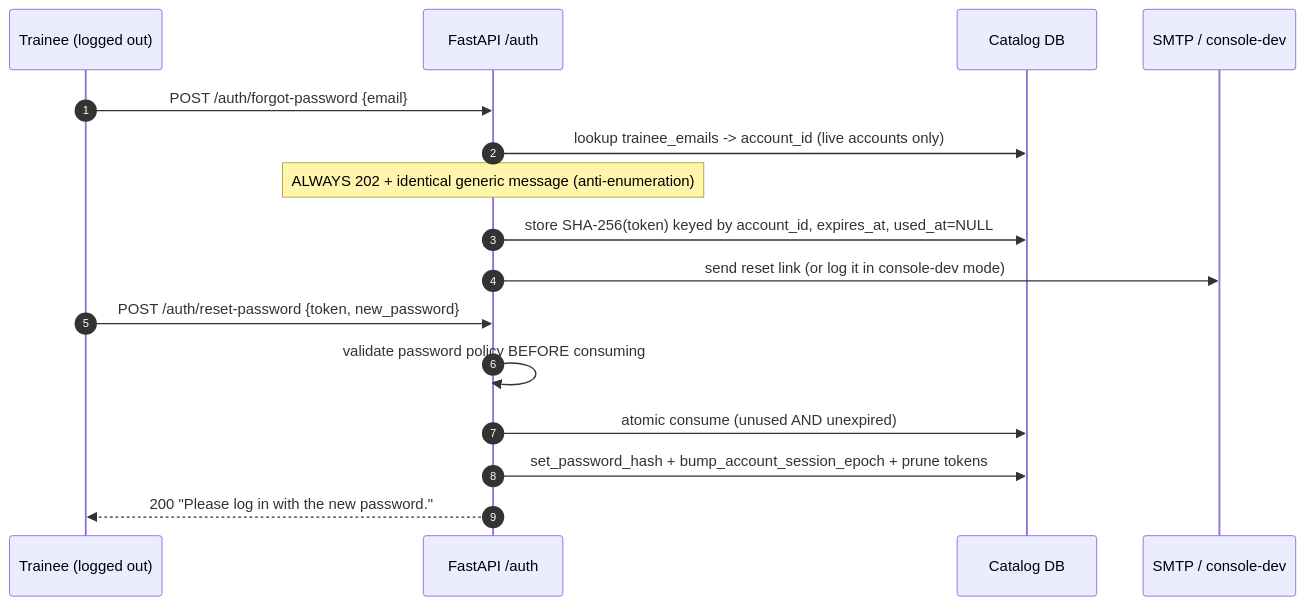
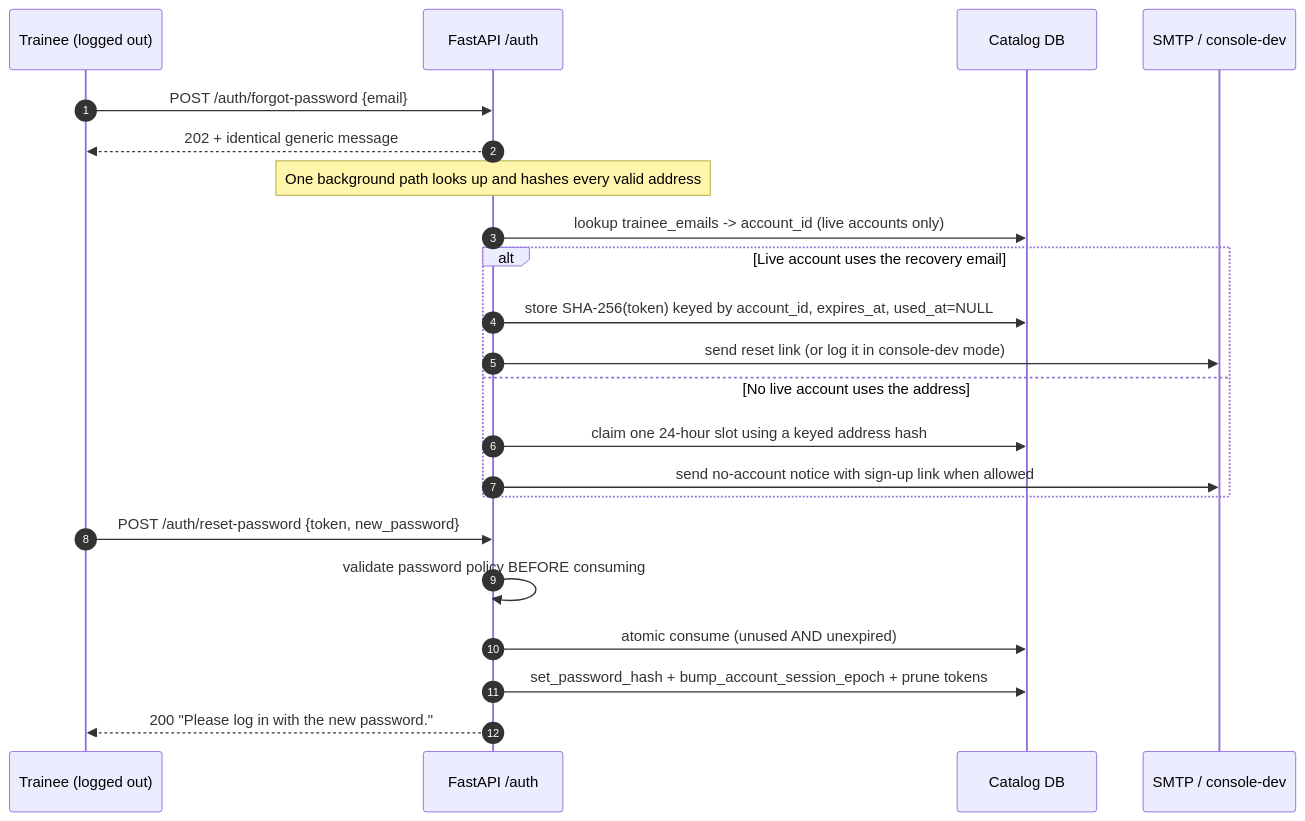
The fourth of 6 diagrams in docs/AUTHENTICATION.md (ahmedtvmer/MAYOS), drawn with Mermaid before and after one commit. The commit also changed other lines of this file and 13 other files, not shown here.

Commit message:
feat: forgot password emails the owner when no account uses the address (#175)

````diff
--- a/docs/AUTHENTICATION.md
+++ b/docs/AUTHENTICATION.md
@@ -168,19 +168,25 @@
 ```mermaid
 sequenceDiagram
     autonumber
     participant User as Trainee (logged out)
     participant API as FastAPI /auth
     participant DB as Catalog DB
     participant Mail as SMTP / console-dev
 
     User->>API: POST /auth/forgot-password {email}
+    API-->>User: 202 + identical generic message
+    Note over API: One background path looks up and hashes every valid address
     API->>DB: lookup trainee_emails -> account_id (live accounts only)
-    Note over API: ALWAYS 202 + identical generic message (anti-enumeration)
+    alt Live account uses the recovery email
     API->>DB: store SHA-256(token) keyed by account_id, expires_at, used_at=NULL
     API->>Mail: send reset link (or log it in console-dev mode)
+    else No live account uses the address
+    API->>DB: claim one 24-hour slot using a keyed address hash
+    API->>Mail: send no-account notice with sign-up link when allowed
+    end
     User->>API: POST /auth/reset-password {token, new_password}
     API->>API: validate password policy BEFORE consuming
     API->>DB: atomic consume (unused AND unexpired)
     API->>DB: set_password_hash + bump_account_session_epoch + prune tokens
     API-->>User: 200 "Please log in with the new password."
 ```
````
